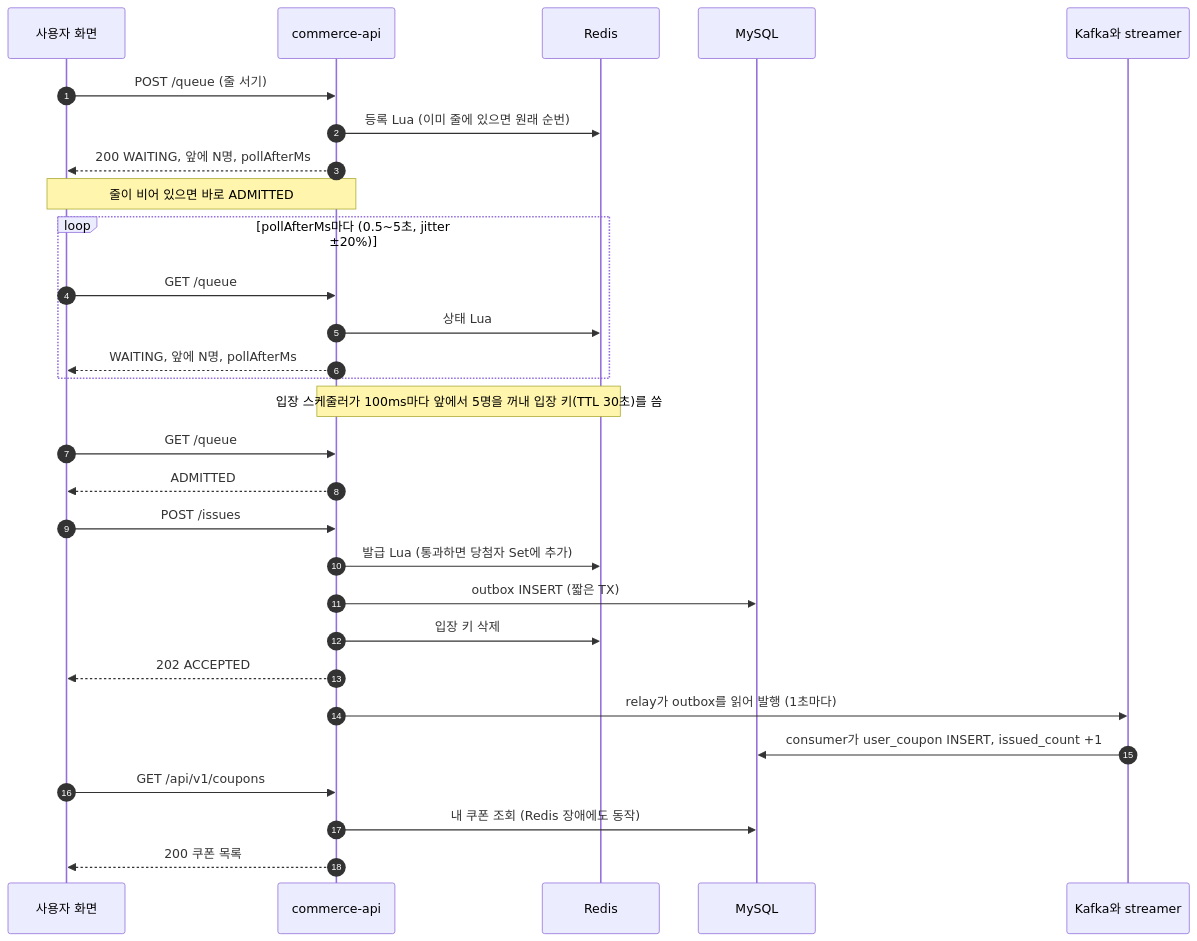
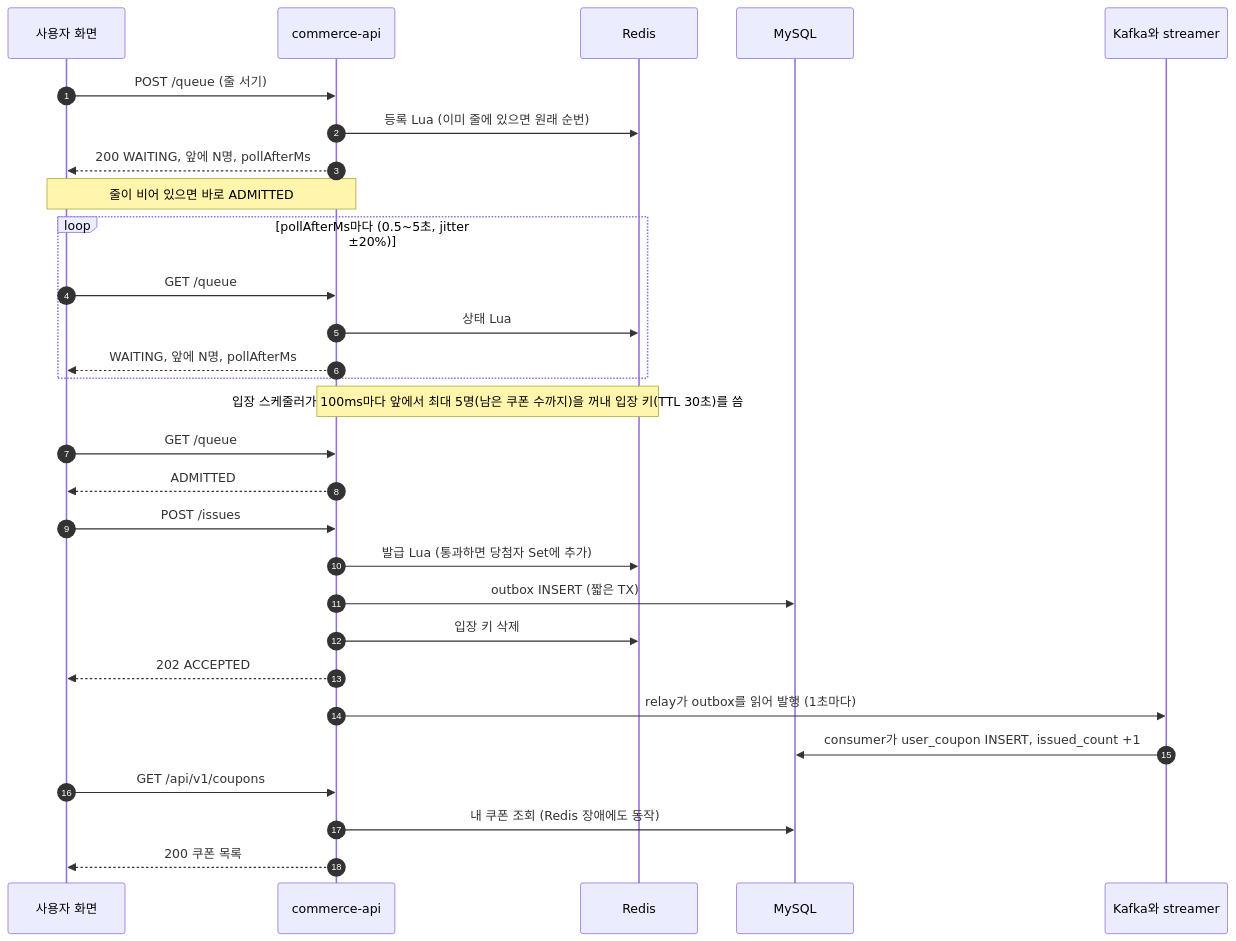
One commit to loopers-labs/loop-pack-be-l2-vol5-java changed the second of 4 diagrams in docs/week8/plan.md. Above: the diagram before and after it, drawn with Mermaid. The commit also changed other lines of this file, not shown here.

````diff
--- a/docs/week8/plan.md
+++ b/docs/week8/plan.md
@@ -58,31 +62,31 @@
 ```mermaid
 sequenceDiagram
   autonumber
   participant U as 사용자 화면
   participant A as commerce-api
   participant R as Redis
   participant D as MySQL
   participant K as Kafka와 streamer
   U->>A: POST /queue (줄 서기)
   A->>R: 등록 Lua (이미 줄에 있으면 원래 순번)
   A-->>U: 200 WAITING, 앞에 N명, pollAfterMs
   Note over U,A: 줄이 비어 있으면 바로 ADMITTED
   loop pollAfterMs마다 (0.5~5초, jitter ±20%)
     U->>A: GET /queue
     A->>R: 상태 Lua
     A-->>U: WAITING, 앞에 N명, pollAfterMs
   end
-  Note over A,R: 입장 스케줄러가 100ms마다 앞에서 5명을 꺼내 입장 키(TTL 30초)를 씀
+  Note over A,R: 입장 스케줄러가 100ms마다 앞에서 최대 5명(남은 쿠폰 수까지)을 꺼내 입장 키(TTL 30초)를 씀
   U->>A: GET /queue
   A-->>U: ADMITTED
   U->>A: POST /issues
   A->>R: 발급 Lua (통과하면 당첨자 Set에 추가)
   A->>D: outbox INSERT (짧은 TX)
   A->>R: 입장 키 삭제
   A-->>U: 202 ACCEPTED
   A->>K: relay가 outbox를 읽어 발행 (1초마다)
   K->>D: consumer가 user_coupon INSERT, issued_count +1
   U->>A: GET /api/v1/coupons
   A->>D: 내 쿠폰 조회 (Redis 장애에도 동작)
   A-->>U: 200 쿠폰 목록
 ```
````
